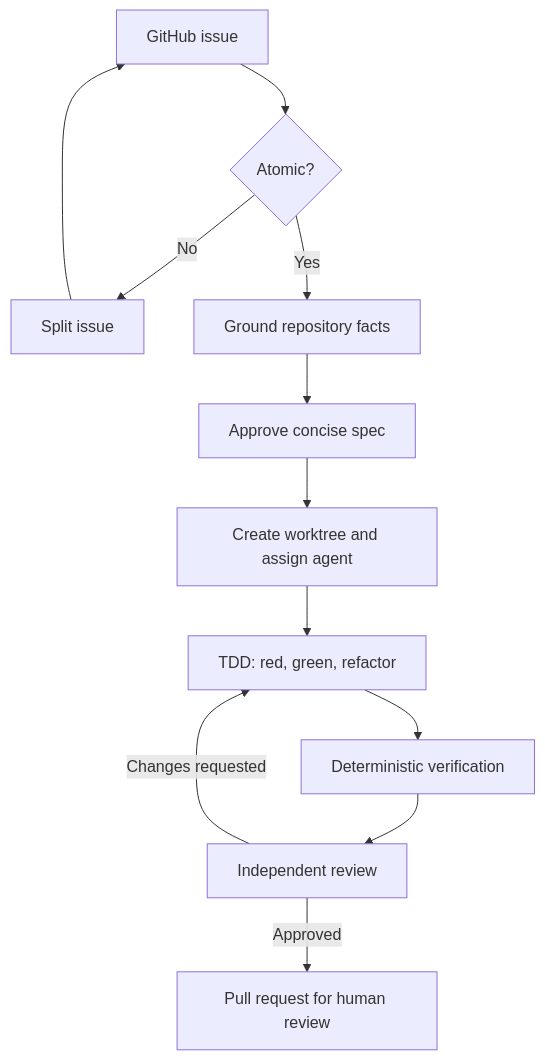
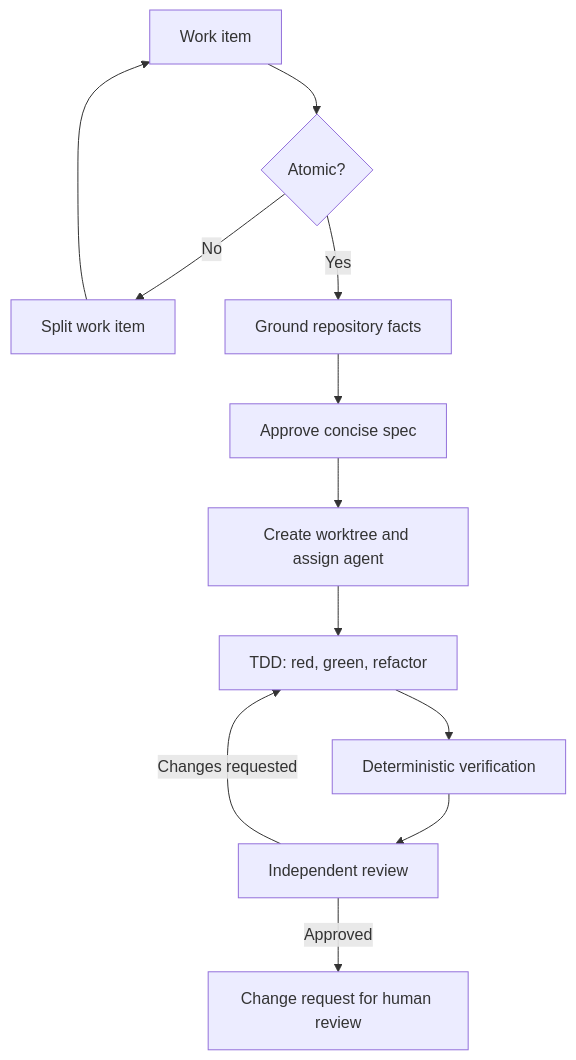
One commit to getsyntegrity/atomwright changed the diagram in README.md. Above: the diagram before and after it, drawn with Mermaid. The commit also changed other lines of this file, not shown here.

````diff
--- a/README.md
+++ b/README.md
@@ -31,14 +33,14 @@
 ```mermaid
 flowchart TD
-    A[GitHub issue] --> B{Atomic?}
-    B -- No --> C[Split issue]
+    A[Work item] --> B{Atomic?}
+    B -- No --> C[Split work item]
     C --> A
     B -- Yes --> D[Ground repository facts]
     D --> E[Approve concise spec]
     E --> F[Create worktree and assign agent]
     F --> G[TDD: red, green, refactor]
     G --> H[Deterministic verification]
     H --> I[Independent review]
     I -- Changes requested --> G
-    I -- Approved --> J[Pull request for human review]
+    I -- Approved --> J[Change request for human review]
 ```
````
